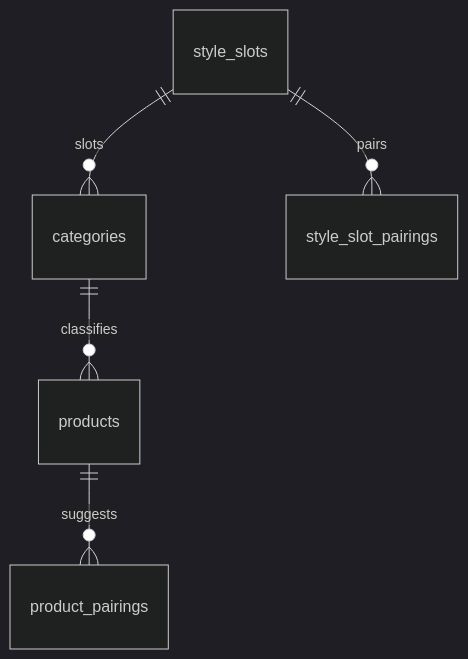
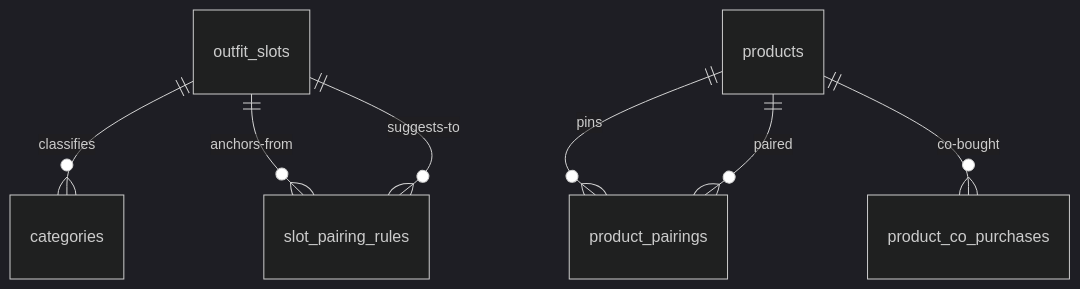
The diagram in DOC/backend/18-Recommendations.md (UnmarriedIdentity/the-unlugged-wear), drawn with Mermaid (dark theme) before and after one commit. The commit also changed other lines of this file and 4 other files, not shown here.

Commit message:
docs: Complete the Look design — outfit slots, pairing rules, pins, deterministic matcher (file 18; 71 tables)

````diff
--- a/DOC/backend/18-Recommendations.md
+++ b/DOC/backend/18-Recommendations.md
@@ -291,7 +415,10 @@
 ```mermaid
 erDiagram
-    style_slots ||--o{ categories : slots
-    style_slots ||--o{ style_slot_pairings : pairs
-    products ||--o{ product_pairings : suggests
-    categories ||--o{ products : classifies
+    outfit_slots ||--o{ categories : classifies
+    outfit_slots ||--o{ slot_pairing_rules : anchors-from
+    outfit_slots ||--o{ slot_pairing_rules : suggests-to
+    products ||--o{ product_pairings : pins
+    products ||--o{ product_pairings : paired
+    %% product_co_purchases ships phase 2 (documented, not built)
+    products ||--o{ product_co_purchases : co-bought
 ```
````
